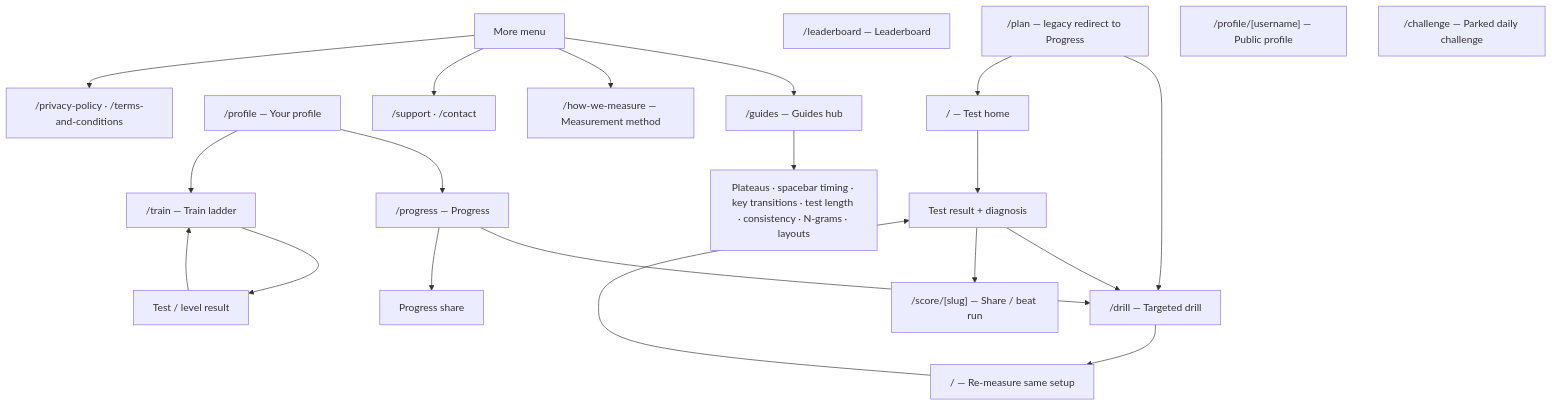
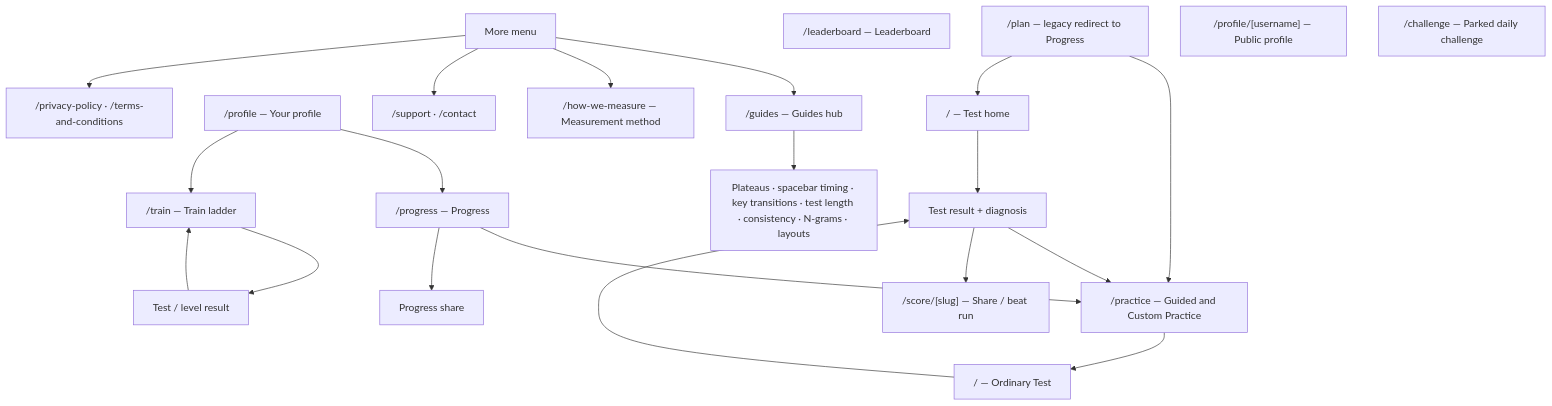
The diagram in docs/architecture/system-map.md (SlaterRGordon/typecafe), drawn with Mermaid before and after one commit. The commit also changed other lines of this file and 40 other files, not shown here.

First line of the commit message:
refactor(practice): retire legacy Home modes and Drill surface

````diff
--- a/docs/architecture/system-map.md
+++ b/docs/architecture/system-map.md
@@ -31,33 +31,34 @@
 ```mermaid
 flowchart TD
     Home["/ — Test home"]
+    Practice["/practice — Guided and Custom Practice"]
     Progress["/progress — Progress"]
     Train["/train — Train ladder"]
     Coach["/plan — legacy redirect to Progress"]
     Leaderboard["/leaderboard — Leaderboard"]
     Profile["/profile — Your profile"]
 
     Home --> Score["Test result + diagnosis"]
-    Score --> Drill["/drill — Targeted drill"]
-    Drill --> ReMeasure["/ — Re-measure same setup"]
+    Score --> Practice
+    Practice --> ReMeasure["/ — Ordinary Test"]
     ReMeasure --> Score
     Score --> Share["/score/[slug] — Share / beat run"]
 
-    Progress --> Drill
+    Progress --> Practice
     Progress --> ShareProgress["Progress share"]
-    Coach --> Drill
+    Coach --> Practice
     Coach --> Home
     Train --> TrainTest["Test / level result"]
     TrainTest --> Train
     Profile --> Progress
     Profile --> Train
 
     More["More menu"] --> Guides["/guides — Guides hub"]
     Guides --> GuideArticles["Plateaus · spacebar timing · key transitions · test length · consistency · N-grams · layouts"]
     More --> Measure["/how-we-measure — Measurement method"]
     More --> Support["/support · /contact"]
     More --> Legal["/privacy-policy · /terms-and-conditions"]
 
     PublicProfile["/profile/[username] — Public profile"]
     Challenge["/challenge — Parked daily challenge"]
 ```
````
